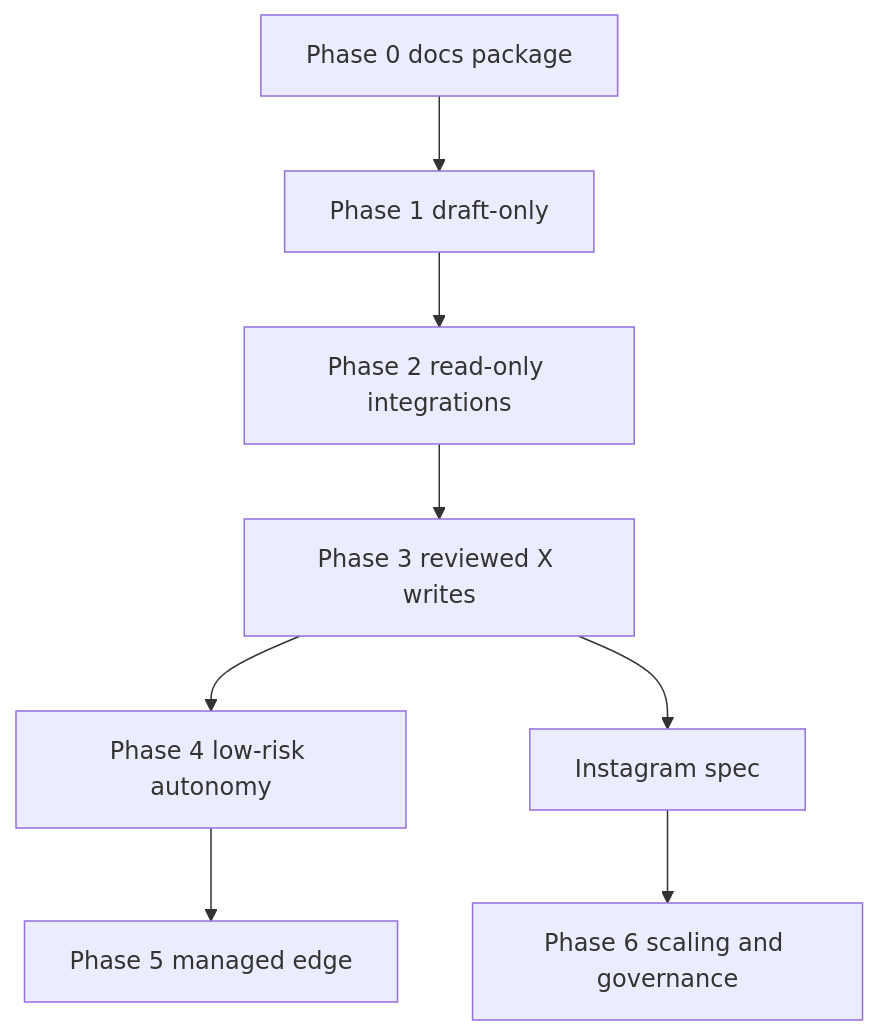
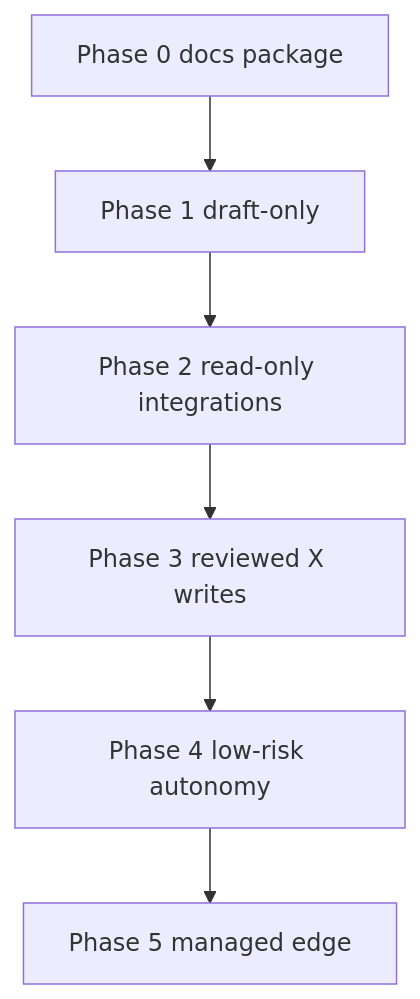
Before and after one commit to St-Expedite-Press/no-hay-banda: the diagram in docs/50-rollout/acceptance-criteria.md, drawn with Mermaid. The commit also changed other lines of this file and 46 other files, not shown here.

````diff
--- a/docs/50-rollout/acceptance-criteria.md
+++ b/docs/50-rollout/acceptance-criteria.md
@@ -7,10 +7,8 @@
 ```mermaid
 flowchart TD
     P0[Phase 0 docs package] --> P1[Phase 1 draft-only]
     P1 --> P2[Phase 2 read-only integrations]
     P2 --> P3[Phase 3 reviewed X writes]
     P3 --> P4[Phase 4 low-risk autonomy]
     P4 --> P5[Phase 5 managed edge]
-    P3 --> IG[Instagram spec]
-    IG --> P6[Phase 6 scaling and governance]
 ```
````
